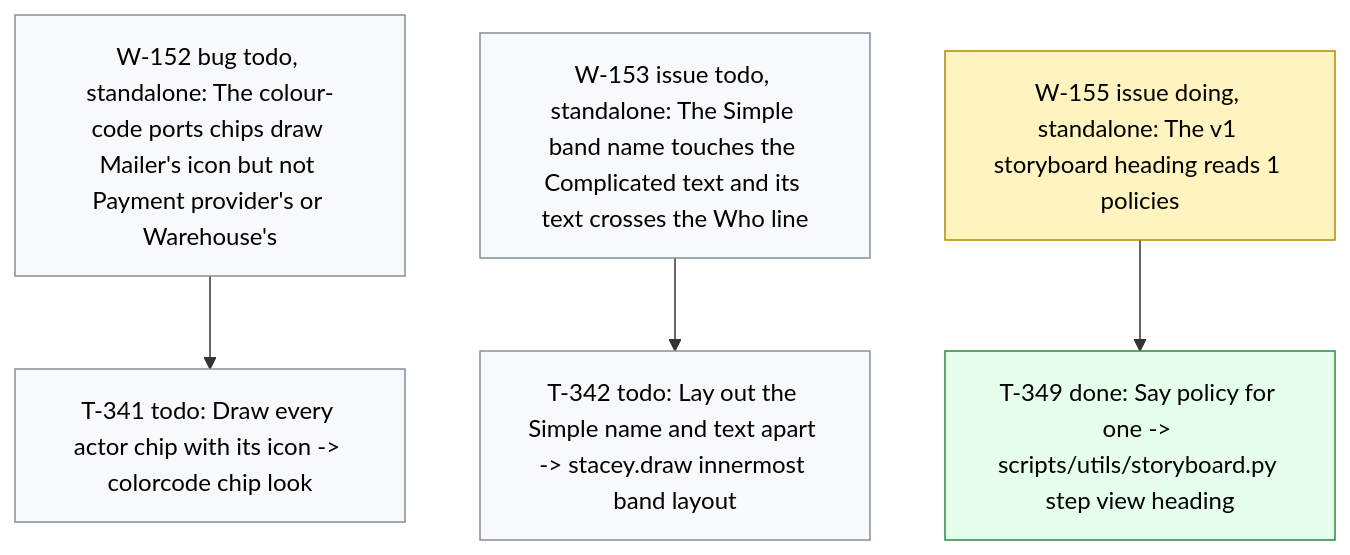
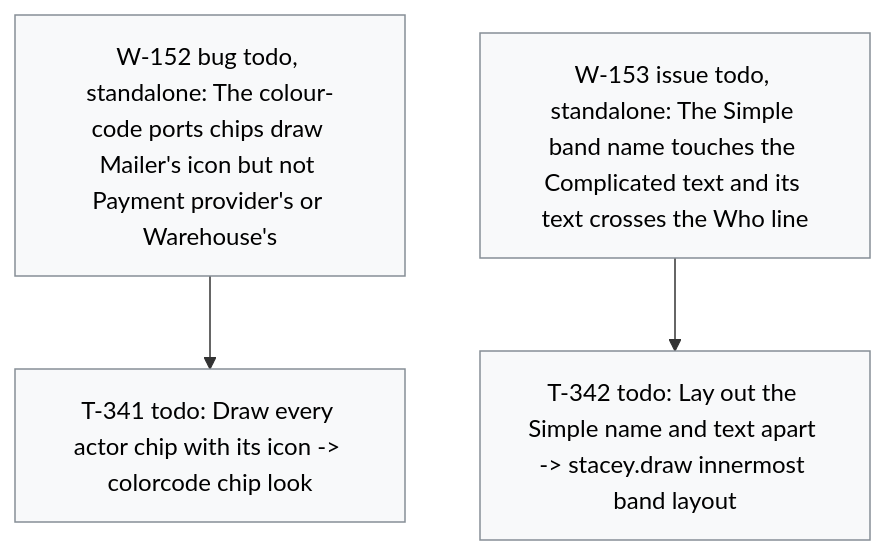
Before and after one commit to dpopchev/chaos-to-simple: the diagram in .board/BOARD.md, drawn with Mermaid. The commit also changed other lines of this file and 2 other files, not shown here.

````diff
--- a/.board/BOARD.md
+++ b/.board/BOARD.md
@@ -898,17 +903,13 @@
 ```mermaid
 flowchart TD
   W152["W-152 bug todo, standalone: The colour-code ports chips draw Mailer's icon but not Payment provider's or Warehouse's"]
   W152 --> T341["T-341 todo: Draw every actor chip with its icon -> colorcode chip look"]
   W153["W-153 issue todo, standalone: The Simple band name touches the Complicated text and its text crosses the Who line"]
   W153 --> T342["T-342 todo: Lay out the Simple name and text apart -> stacey.draw innermost band layout"]
-  W155["W-155 issue doing, standalone: The v1 storyboard heading reads 1 policies"]
-  W155 --> T349["T-349 done: Say policy for one -> scripts/utils/storyboard.py step view heading"]
   classDef doing fill:#fff3bf,stroke:#b58900,color:#000;
   classDef blocked fill:#ffe3e3,stroke:#c92a2a,color:#000;
   classDef done fill:#e6ffed,stroke:#2b8a3e,color:#000;
   classDef todo fill:#f8f9fa,stroke:#868e96,color:#000;
   classDef pruned fill:#f1f3f5,stroke:#adb5bd,color:#000;
-  class W155 doing
-  class T349 done
   class W152,T341,W153,T342 todo
 ```
````
